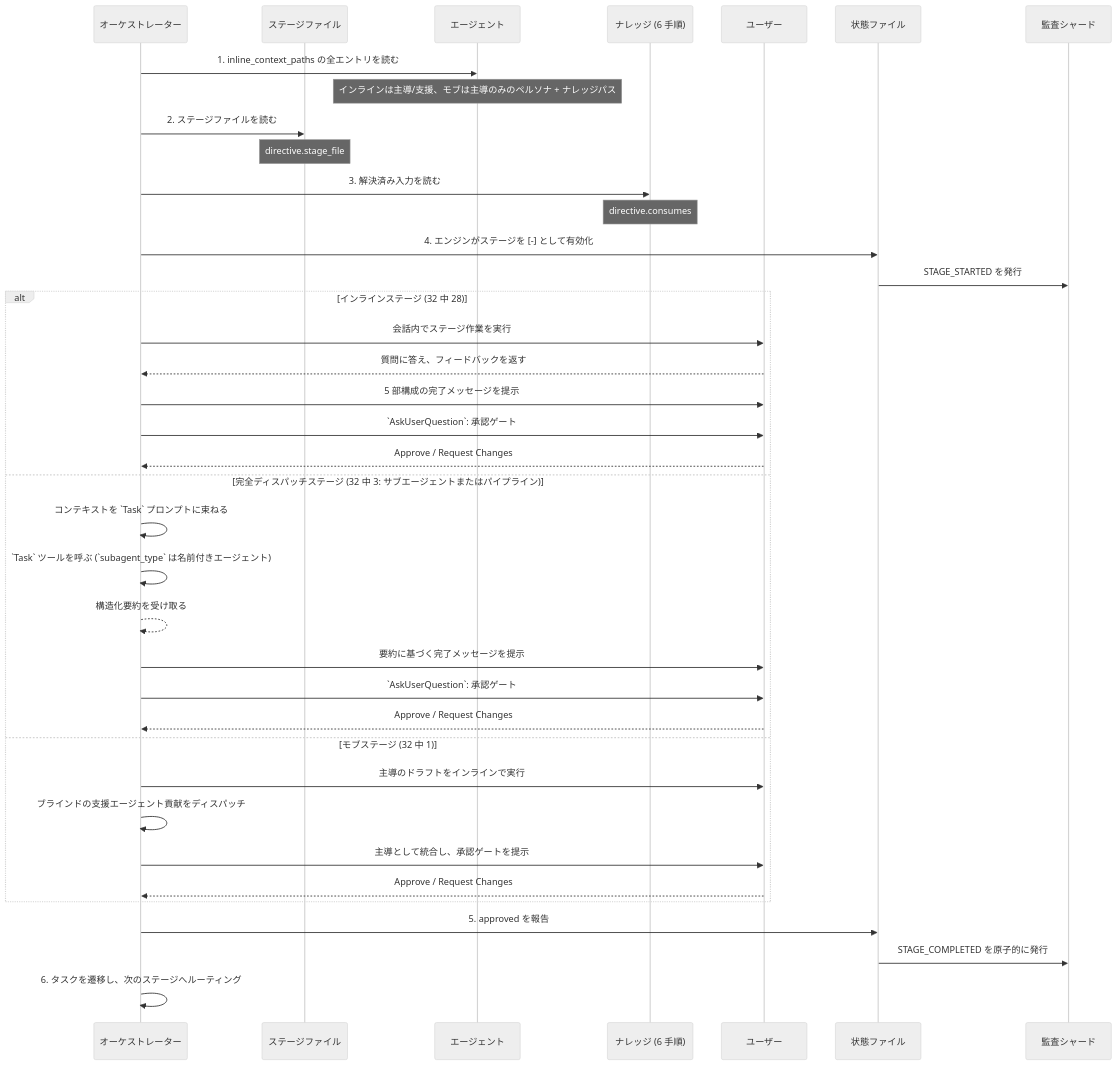
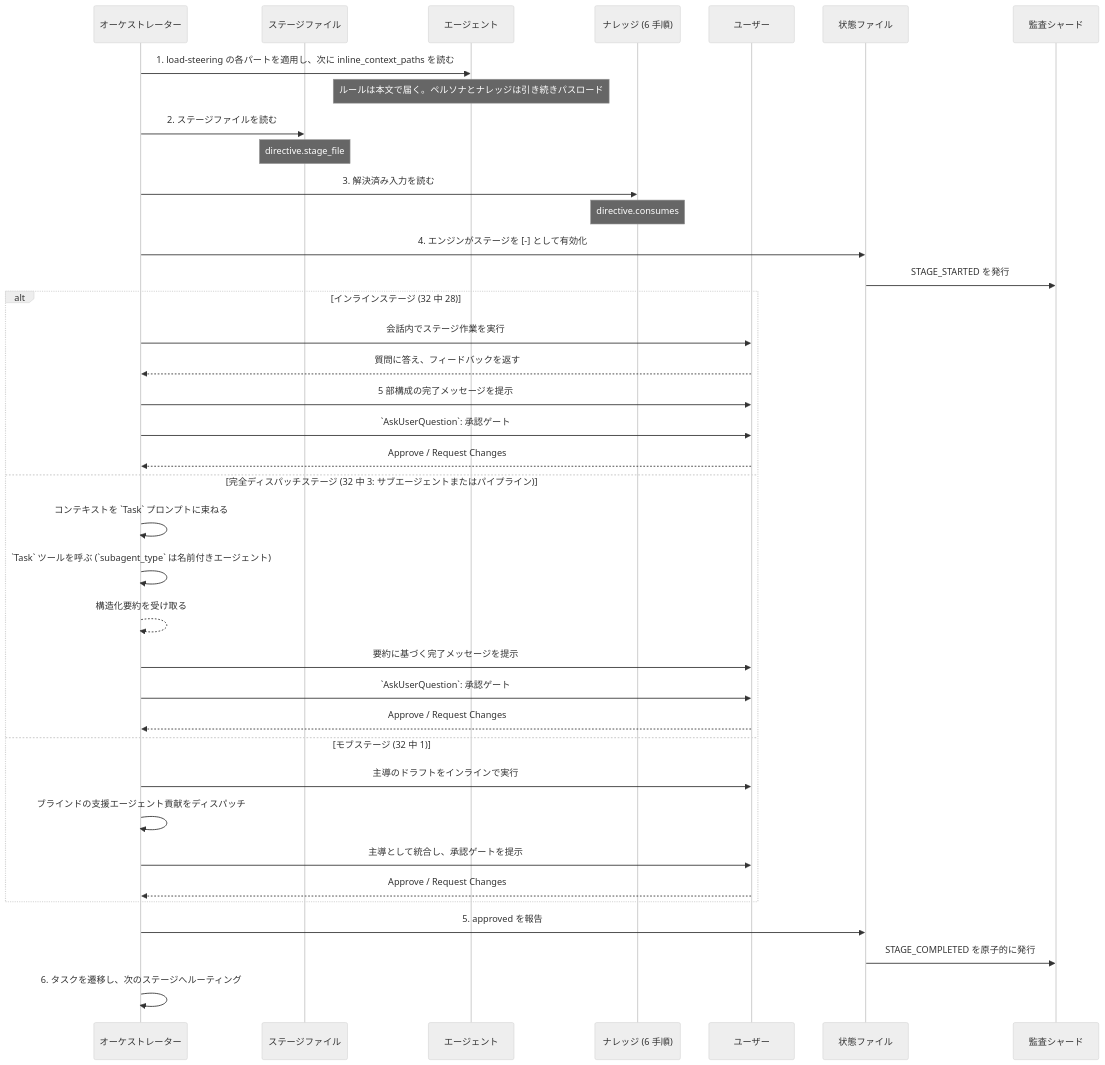
One commit to otomatty/aidlc-workflows-docs changed the second of 4 diagrams in docs/reference/03-orchestrator.mdx. Above: the diagram before and after it, drawn with Mermaid (neutral theme). The commit also changed other lines of this file and 28 other files, not shown here.

````diff
--- a/docs/reference/03-orchestrator.mdx
+++ b/docs/reference/03-orchestrator.mdx
@@ -333,46 +333,46 @@
 ```mermaid
 sequenceDiagram
     participant O as オーケストレーター
     participant SF as ステージファイル
     participant A as エージェント
     participant K as ナレッジ (6 手順)
     participant U as ユーザー
     participant S as 状態ファイル
     participant AU as 監査シャード
 
-    O->>A: 1. inline_context_paths の全エントリを読む
-    Note over A: インラインは主導/支援、モブは主導のみのペルソナ + ナレッジパス
+    O->>A: 1. load-steering の各パートを適用し、次に inline_context_paths を読む
+    Note over A: ルールは本文で届く。ペルソナとナレッジは引き続きパスロード
 
     O->>SF: 2. ステージファイルを読む
     Note over SF: directive.stage_file
 
     O->>K: 3. 解決済み入力を読む
     Note over K: directive.consumes
 
     O->>S: 4. エンジンがステージを [-] として有効化
     S->>AU: STAGE_STARTED を発行
 
     alt インラインステージ (32 中 28)
         O->>U: 会話内でステージ作業を実行
         U-->>O: 質問に答え、フィードバックを返す
         O->>U: 5 部構成の完了メッセージを提示
         O->>U: `AskUserQuestion`: 承認ゲート
         U-->>O: Approve / Request Changes
     else 完全ディスパッチステージ (32 中 3: サブエージェントまたはパイプライン)
         O->>O: コンテキストを `Task` プロンプトに束ねる
         O->>O: `Task` ツールを呼ぶ (`subagent_type` は名前付きエージェント)
         O-->>O: 構造化要約を受け取る
         O->>U: 要約に基づく完了メッセージを提示
         O->>U: `AskUserQuestion`: 承認ゲート
         U-->>O: Approve / Request Changes
     else モブステージ (32 中 1)
         O->>U: 主導のドラフトをインラインで実行
         O->>O: ブラインドの支援エージェント貢献をディスパッチ
         O->>U: 主導として統合し、承認ゲートを提示
         U-->>O: Approve / Request Changes
     end
 
     O->>S: 5. approved を報告
     S->>AU: STAGE_COMPLETED を原子的に発行
     O->>O: 6. タスクを遷移し、次のステージへルーティング
 ```
````
